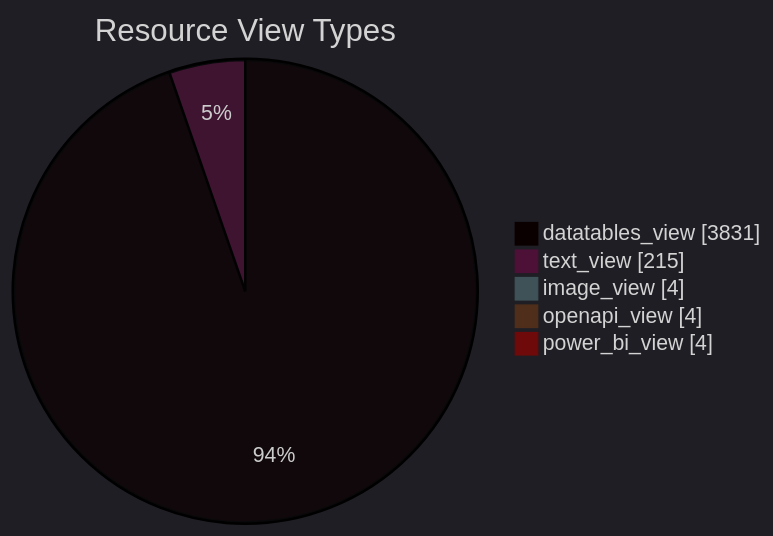
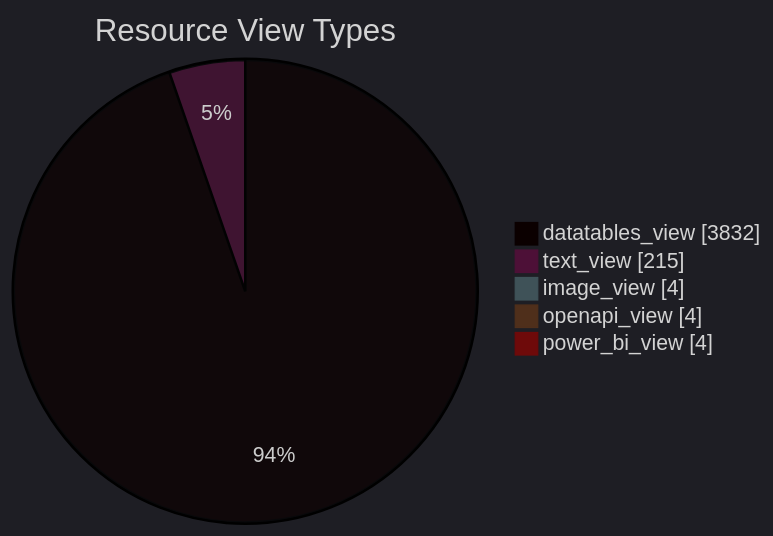
One commit to open-data/analytics-corporate-reporting changed the diagram in datastore_tracker/resource_view_types_pie_chart.md. Above: the diagram before and after it, drawn with Mermaid. The commit also changed 10 other files, not shown here.

````diff
--- a/datastore_tracker/resource_view_types_pie_chart.md
+++ b/datastore_tracker/resource_view_types_pie_chart.md
@@ -2,12 +2,12 @@
 ```mermaid
 ---
 config:
   theme: dark
 ---
 pie showData title Resource View Types
-    "datatables_view": 3831
+    "datatables_view": 3832
     "text_view": 215
     "image_view": 4
     "openapi_view": 4
     "power_bi_view": 4
 ```
````
